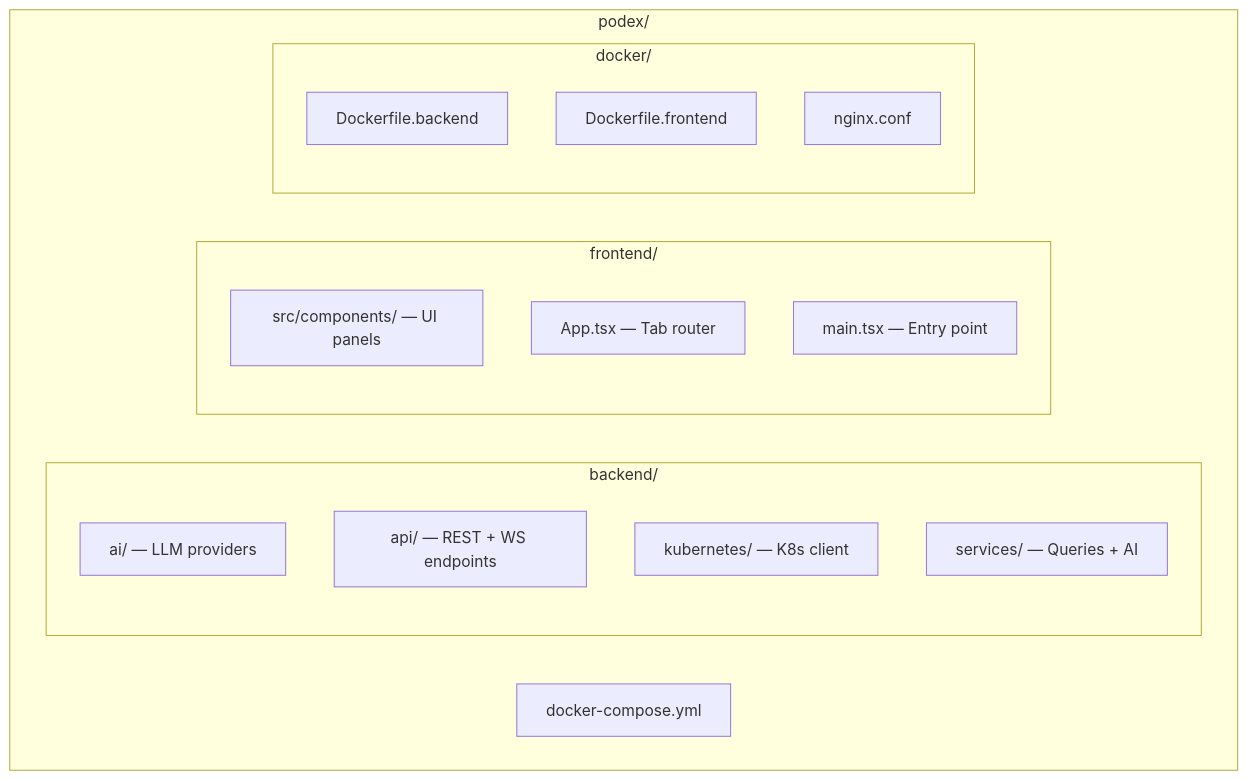
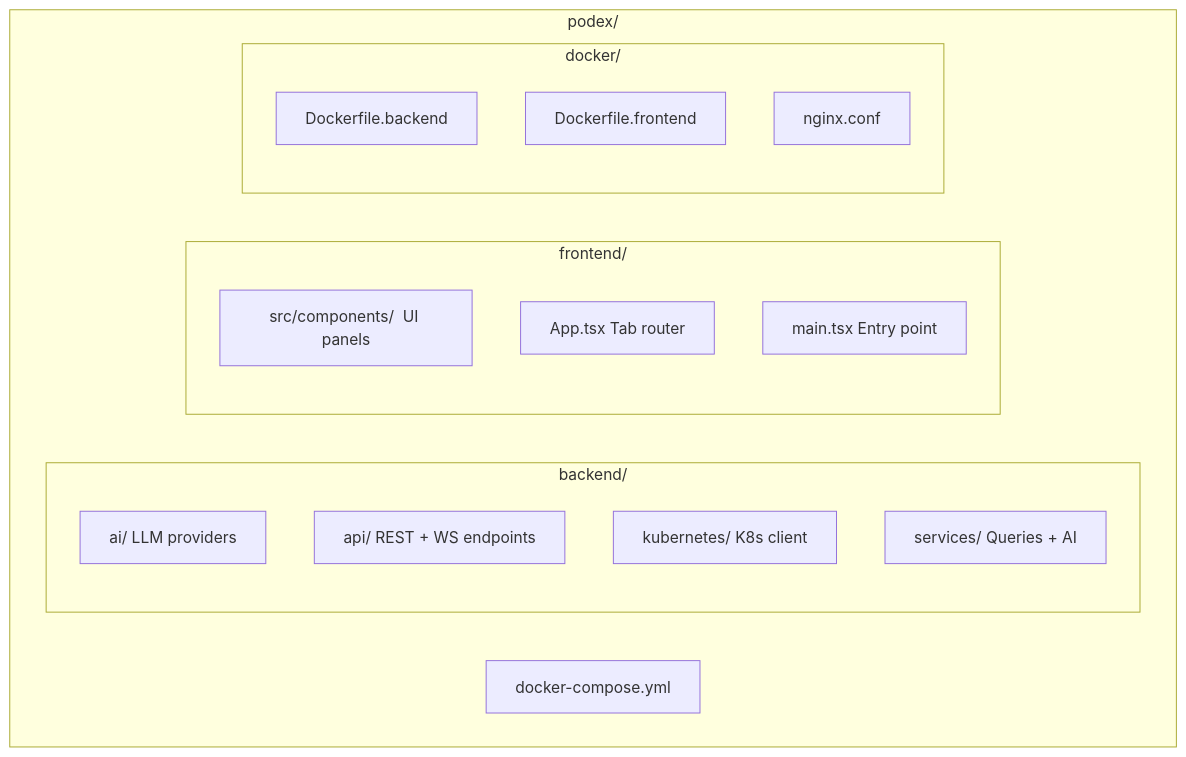
The diagram in README.md (Hritikraj8804/podex-website), drawn with Mermaid before and after one commit. The commit also changed other lines of this file and 12 other files, not shown here.

````diff
--- a/README.md
+++ b/README.md
@@ -95,22 +80,22 @@
 ```mermaid
 graph TD
     subgraph "podex/"
         A["docker-compose.yml"]
         subgraph "backend/"
-            B1["ai/ — LLM providers"]
-            B2["api/ — REST + WS endpoints"]
-            B3["kubernetes/ — K8s client"]
-            B4["services/ — Queries + AI"]
+            B1["ai/  LLM providers"]
+            B2["api/  REST + WS endpoints"]
+            B3["kubernetes/  K8s client"]
+            B4["services/  Queries + AI"]
         end
         subgraph "frontend/"
-            C1["src/components/ — UI panels"]
-            C2["App.tsx — Tab router"]
-            C3["main.tsx — Entry point"]
+            C1["src/components/  UI panels"]
+            C2["App.tsx  Tab router"]
+            C3["main.tsx  Entry point"]
         end
         subgraph "docker/"
             D1["Dockerfile.backend"]
             D2["Dockerfile.frontend"]
             D3["nginx.conf"]
         end
     end
 ```
````
